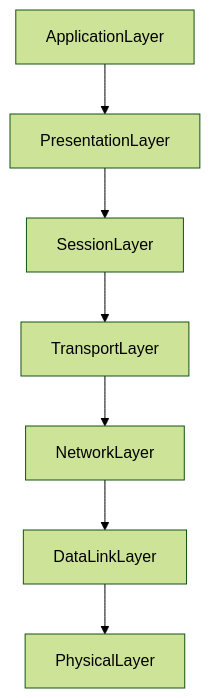
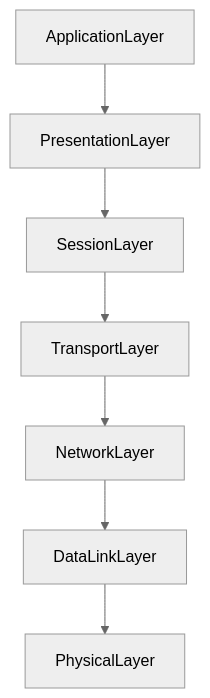
The first of 2 diagrams in src/system-design-interview/ip-osimodel.md (tsugumi-sys/readBook), drawn with Mermaid before and after one commit.

````diff
--- a/src/system-design-interview/ip-osimodel.md
+++ b/src/system-design-interview/ip-osimodel.md
@@ -41,11 +41,11 @@
 ```mermaid
-%%{init:{'theme':'forest'}}%%
+%%{init:{'theme':'neutral'}}%%
 
 flowchart TB
     ApplicationLayer --> PresentationLayer
     PresentationLayer --> SessionLayer
     SessionLayer --> TransportLayer
     TransportLayer --> NetworkLayer
     NetworkLayer --> DataLinkLayer
     DataLinkLayer --> PhysicalLayer
 ```
````
